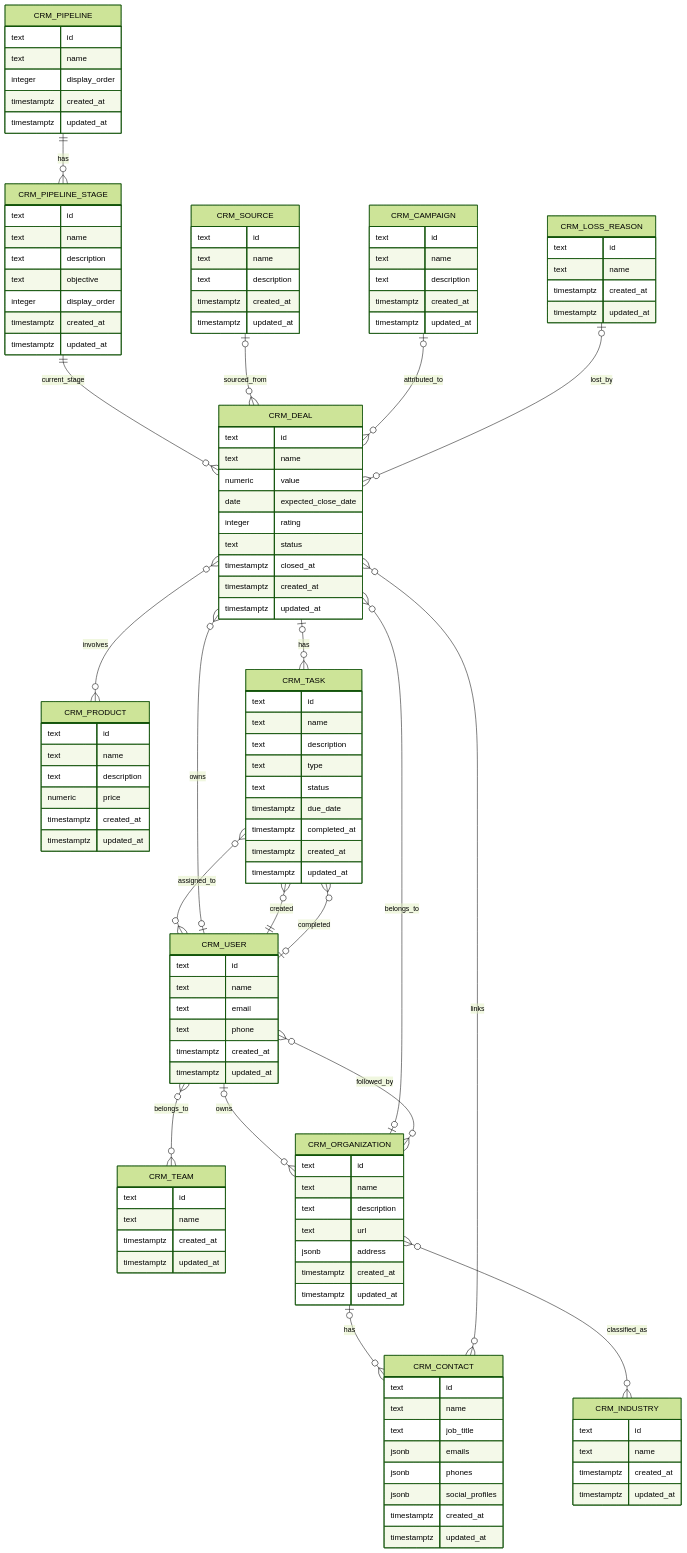
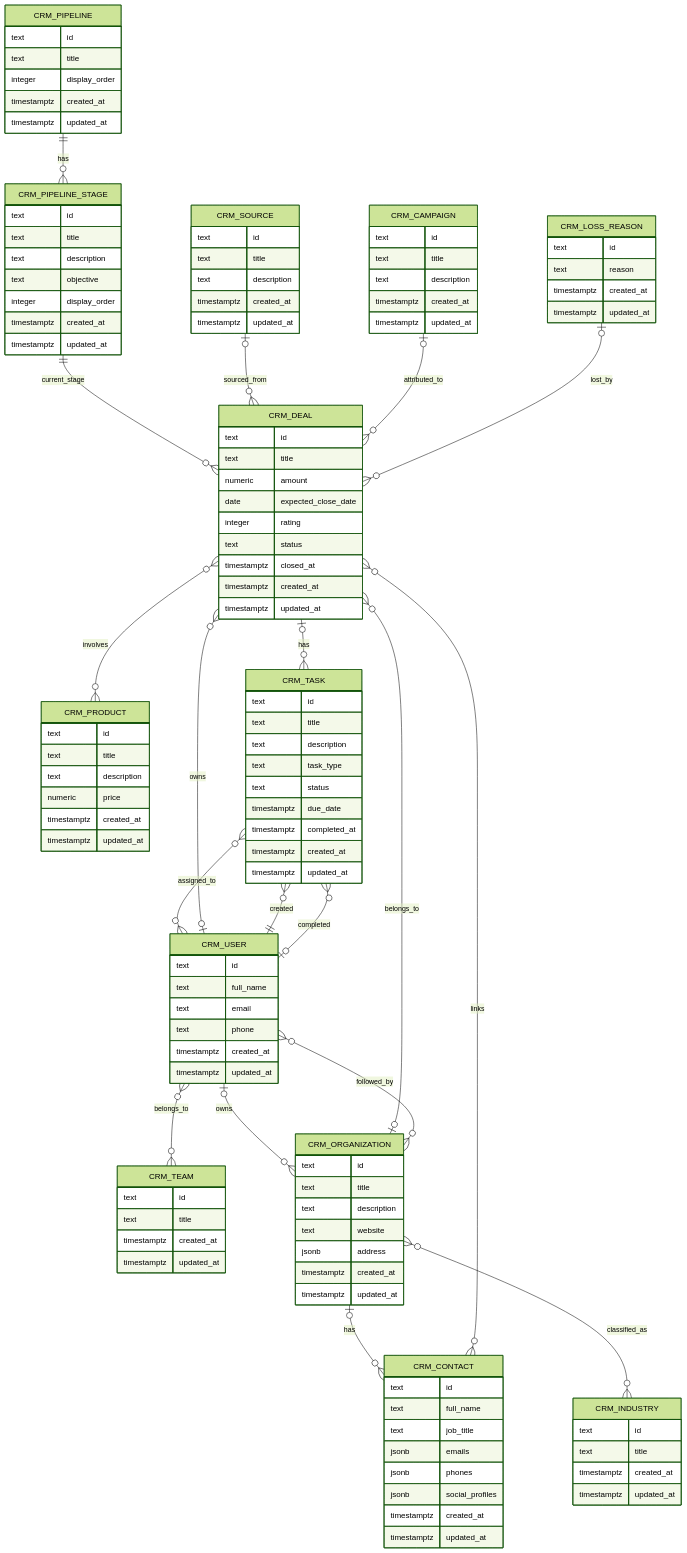
One commit to hcubasd/curly-spoon changed the first of 2 diagrams in README.md. Above: the diagram before and after it, drawn with Mermaid (forest theme). The commit also changed other lines of this file and 6 other files, not shown here.

First line of the commit message:
Rename schema columns to canonical sales CRM names, update tooling

```diff
--- a/README.md
+++ b/README.md
@@ -80,7 +80,7 @@
 erDiagram
     CRM_CAMPAIGN {
         text id
-        text name
+        text title
         text description
         timestamptz created_at
         timestamptz updated_at
@@ -88,14 +88,14 @@
 
     CRM_LOSS_REASON {
         text id
-        text name
+        text reason
         timestamptz created_at
         timestamptz updated_at
     }
 
     CRM_PIPELINE {
         text id
-        text name
+        text title
         integer display_order
         timestamptz created_at
         timestamptz updated_at
@@ -103,7 +103,7 @@
 
     CRM_PIPELINE_STAGE {
         text id
-        text name
+        text title
         text description
         text objective
         integer display_order
@@ -113,7 +113,7 @@
 
     CRM_PRODUCT {
         text id
-        text name
+        text title
         text description
         numeric price
         timestamptz created_at
@@ -122,14 +122,14 @@
 
     CRM_INDUSTRY {
         text id
-        text name
+        text title
         timestamptz created_at
         timestamptz updated_at
     }
 
     CRM_SOURCE {
         text id
-        text name
+        text title
         text description
         timestamptz created_at
         timestamptz updated_at
@@ -137,14 +137,14 @@
 
     CRM_TEAM {
         text id
-        text name
+        text title
         timestamptz created_at
         timestamptz updated_at
     }
 
     CRM_USER {
         text id
-        text name
+        text full_name
         text email
         text phone
         timestamptz created_at
@@ -153,9 +153,9 @@
 
     CRM_ORGANIZATION {
         text id
-        text name
+        text title
         text description
-        text url
+        text website
         jsonb address
         timestamptz created_at
         timestamptz updated_at
@@ -163,7 +163,7 @@
 
     CRM_CONTACT {
         text id
-        text name
+        text full_name
         text job_title
         jsonb emails
         jsonb phones
@@ -174,8 +174,8 @@
 
     CRM_DEAL {
         text id
-        text name
-        numeric value
+        text title
+        numeric amount
         date expected_close_date
         integer rating
         text status
@@ -186,9 +186,9 @@
 
     CRM_TASK {
         text id
-        text name
+        text title
         text description
-        text type
+        text task_type
         text status
         timestamptz due_date
         timestamptz completed_at
```
